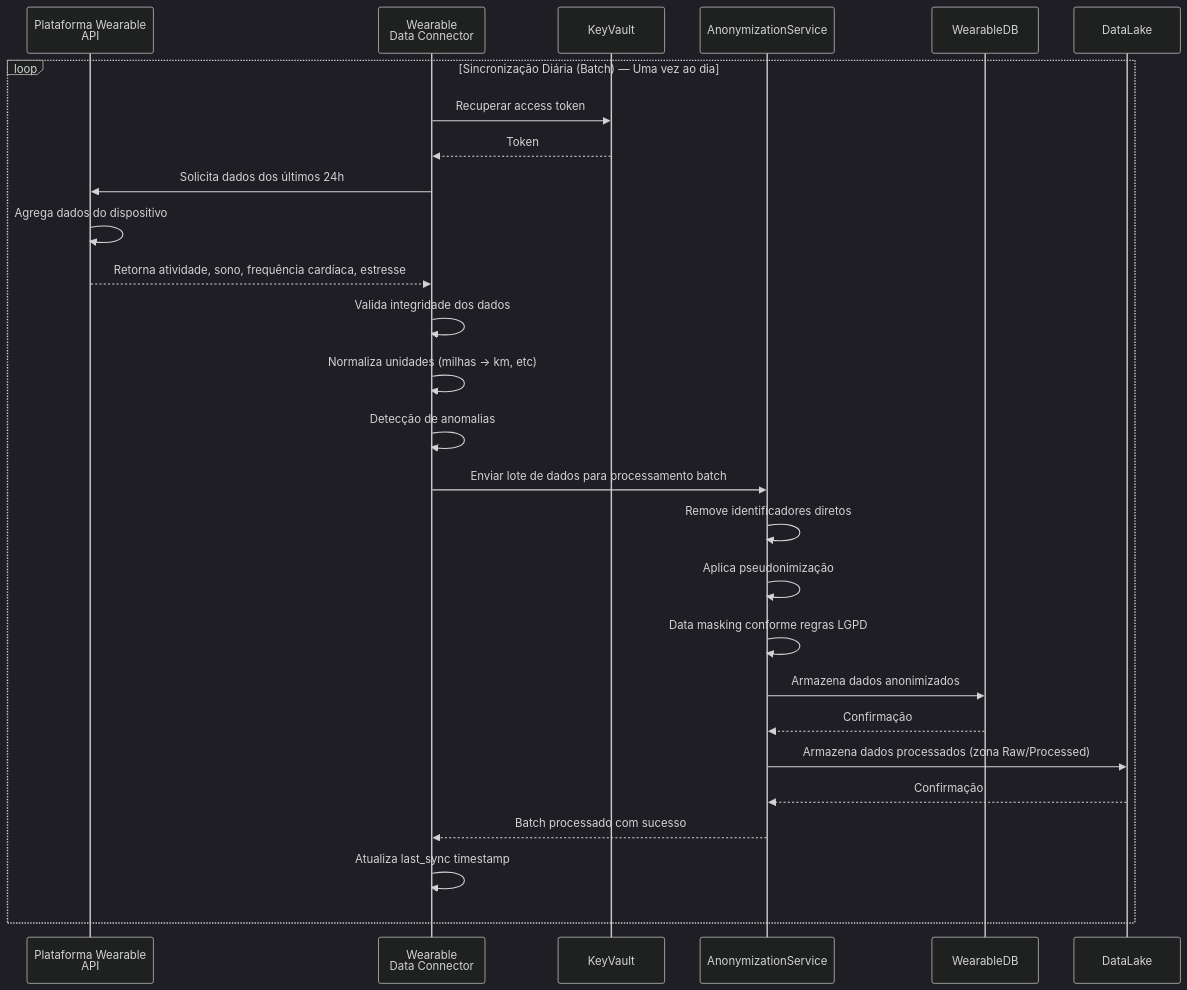
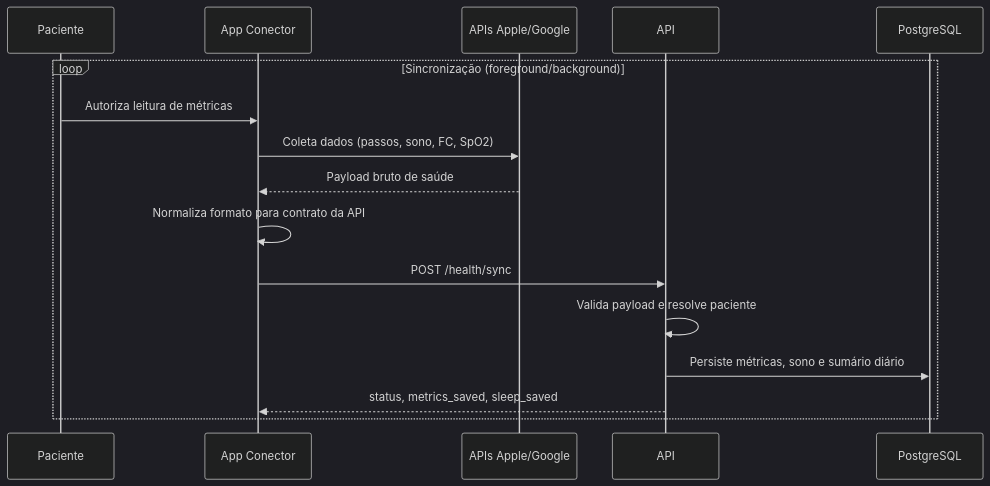
One commit to ccps1-care-predict/care-plus-ccps1 changed the second of 7 diagrams in DIAGRAMA DE SEQUENCIA.md. Above: the diagram before and after it, drawn with Mermaid (dark theme). The commit also changed other lines of this file and 7 other files, not shown here.

````diff
--- a/DIAGRAMA DE SEQUENCIA.md
+++ b/DIAGRAMA DE SEQUENCIA.md
@@ -72,38 +65,20 @@
 ```mermaid
 sequenceDiagram
 
-participant PlatformaWearable as Plataforma Wearable<br/>API
-participant DataConnector as Wearable<br/>Data Connector
-participant KeyVault
-participant AnonymizationService
-participant WearableDB
-participant DataLake
+participant Paciente
+participant Connector as App Conector
+participant PlatformaWearable as APIs Apple/Google
+participant API
+participant WearableDB as PostgreSQL
 
-loop Sincronização Diária (Batch) — Uma vez ao dia
-    DataConnector->>KeyVault: Recuperar access token
-    KeyVault-->>DataConnector: Token
-    
-    DataConnector->>PlatformaWearable: Solicita dados dos últimos 24h
-    PlatformaWearable->>PlatformaWearable: Agrega dados do dispositivo
-    PlatformaWearable-->>DataConnector: Retorna atividade, sono, frequência cardíaca, estresse
-    
-    DataConnector->>DataConnector: Valida integridade dos dados
-    DataConnector->>DataConnector: Normaliza unidades (milhas → km, etc)
-    DataConnector->>DataConnector: Detecção de anomalias
-    
-    DataConnector->>AnonymizationService: Enviar lote de dados para processamento batch
-    
-    AnonymizationService->>AnonymizationService: Remove identificadores diretos
-    AnonymizationService->>AnonymizationService: Aplica pseudonimização
-    AnonymizationService->>AnonymizationService: Data masking conforme regras LGPD
-    
-    AnonymizationService->>WearableDB: Armazena dados anonimizados
-    WearableDB-->>AnonymizationService: Confirmação
-    
-    AnonymizationService->>DataLake: Armazena dados processados (zona Raw/Processed)
-    DataLake-->>AnonymizationService: Confirmação
-    
-    AnonymizationService-->>DataConnector: Batch processado com sucesso
-    DataConnector->>DataConnector: Atualiza last_sync timestamp
+loop Sincronização (foreground/background)
+    Paciente->>Connector: Autoriza leitura de métricas
+    Connector->>PlatformaWearable: Coleta dados (passos, sono, FC, SpO2)
+    PlatformaWearable-->>Connector: Payload bruto de saúde
+    Connector->>Connector: Normaliza formato para contrato da API
+    Connector->>API: POST /health/sync
+    API->>API: Valida payload e resolve paciente
+    API->>WearableDB: Persiste métricas, sono e sumário diário
+    API-->>Connector: status, metrics_saved, sleep_saved
 end
 ```
````
